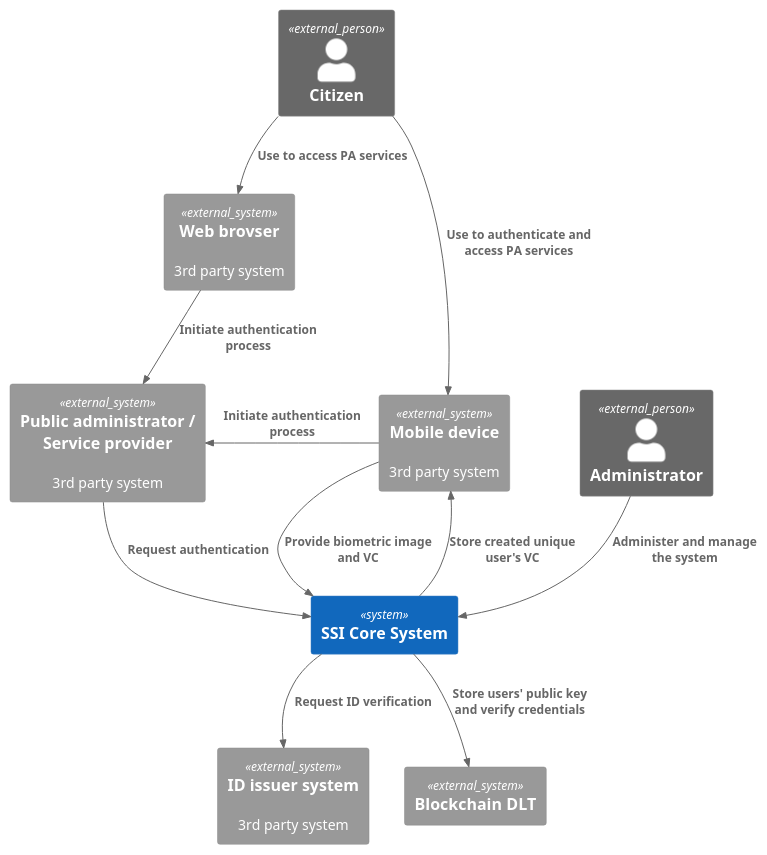
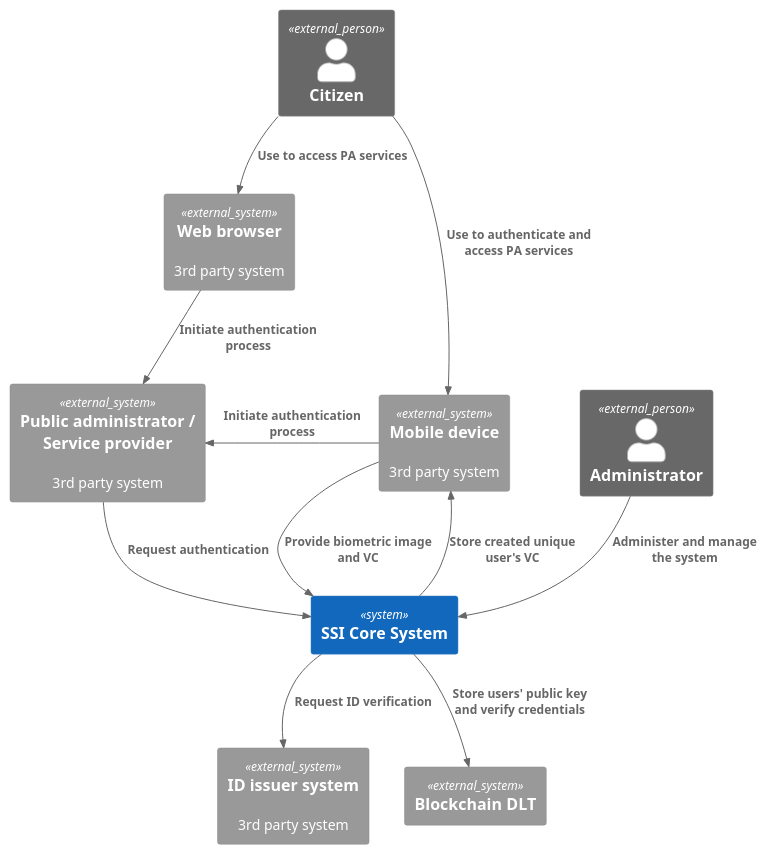
The diagram in context_diagram.puml (Dorfultariant/Architecture_Diagrams), drawn with PlantUML before and after one commit. The commit also changed 8 other files, not shown here.

```diff
--- a/context_diagram.puml
+++ b/context_diagram.puml
@@ -1,31 +1,31 @@
 @startuml contex_diagram
 !include https://raw.githubusercontent.com/plantuml-stdlib/C4-PlantUML/master/C4_Container.puml
 
 
 System(systemCore, "SSI Core System")
 Person_Ext(personCitizen, "Citizen")
 Person_Ext(personAdmin, "Administrator")
 System_Ext(externalIDIssuer, "ID issuer system", "3rd party system")
 System_Ext(externalMobile, "Mobile device", "3rd party system")
-System_Ext(externalWeb, "Web brovser", "3rd party system")
+System_Ext(externalWeb, "Web browser", "3rd party system")
 System_Ext(externalPA, "Public administrator / Service provider", "3rd party system")
 System_Ext(externalDLT, "Blockchain DLT")
 
 Rel(personAdmin, systemCore, "Administer and manage the system")
 
 Rel(personCitizen, externalMobile, "Use to authenticate and access PA services")
 Rel(personCitizen, externalWeb, "Use to access PA services")
 
 Rel(systemCore, externalIDIssuer, "Request ID verification")
 Rel(systemCore, externalMobile, "Store created unique user's VC")
 Rel(systemCore, externalDLT, "Store users' public key and verify credentials")
 
 Rel_L(externalMobile, externalPA, "Initiate authentication process")
 Rel(externalMobile, systemCore, "Provide biometric image and VC")
 
 Rel(externalWeb, externalPA, "Initiate authentication process")
 
 Rel(externalPA, systemCore, "Request authentication")
 
 
 @enduml
```
